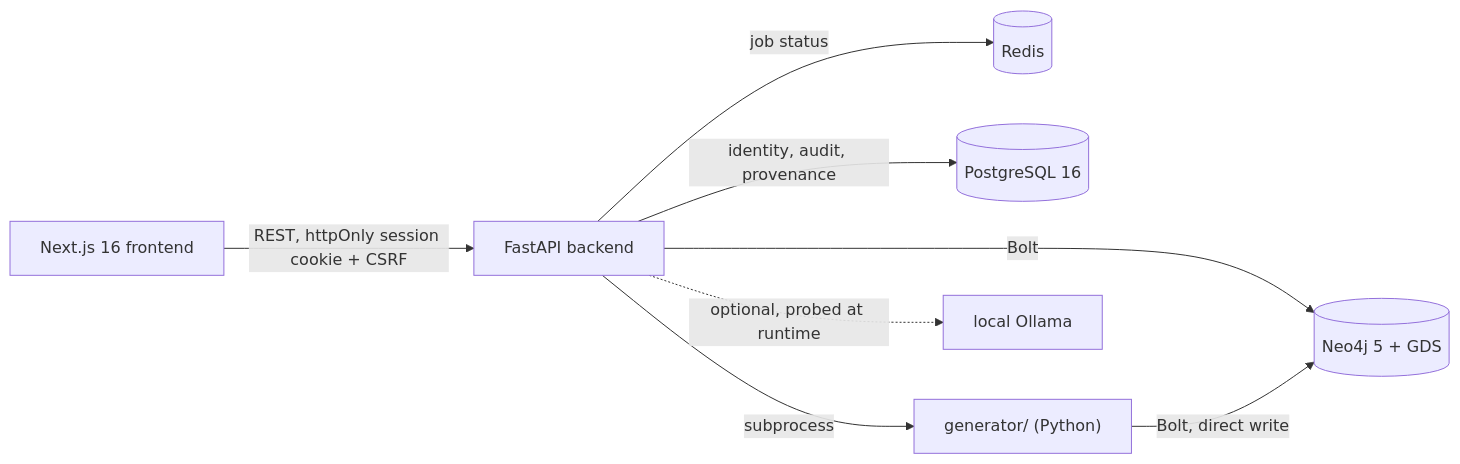
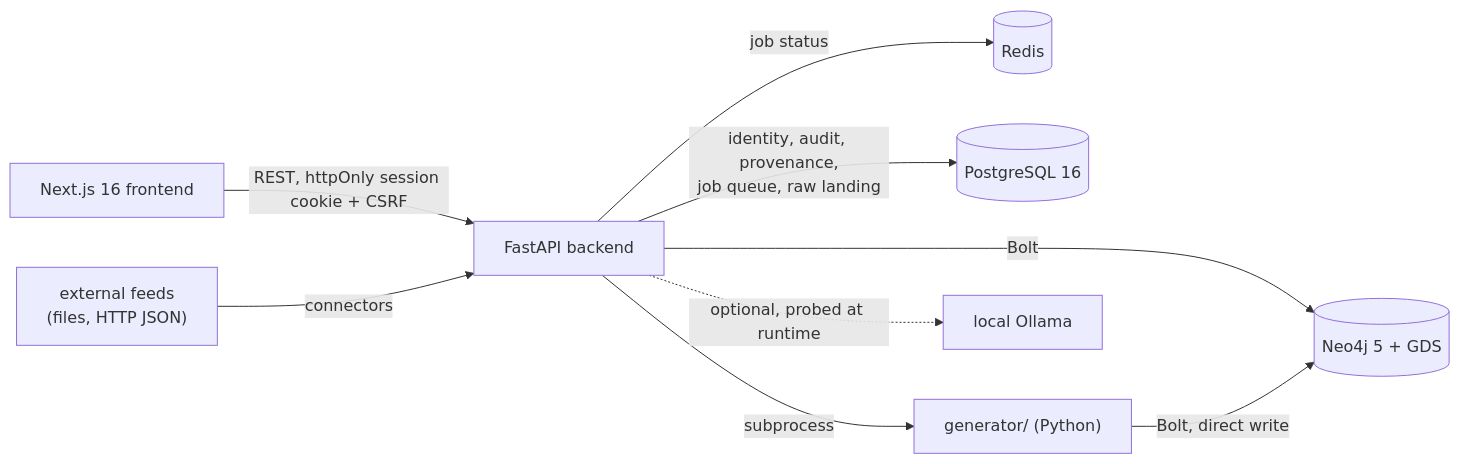
The diagram in README.md (Ayush-o1/Argus), drawn with Mermaid before and after one commit. The commit also changed other lines of this file and 36 other files, not shown here.

````diff
--- a/README.md
+++ b/README.md
@@ -31,10 +32,11 @@
 ```mermaid
 flowchart LR
     FE["Next.js 16 frontend"] -- "REST, httpOnly session cookie + CSRF" --> BE["FastAPI backend"]
     BE -- "Bolt" --> Neo4j[(Neo4j 5 + GDS)]
     BE -- "job status" --> Redis[(Redis)]
-    BE -- "identity, audit, provenance" --> PG[(PostgreSQL 16)]
+    BE -- "identity, audit, provenance,\njob queue, raw landing" --> PG[(PostgreSQL 16)]
+    Feeds["external feeds\n(files, HTTP JSON)"] -- "connectors" --> BE
     Gen["generator/ (Python)"] -- "Bolt, direct write" --> Neo4j
     BE -- "subprocess" --> Gen
     BE -. "optional, probed at runtime" .-> Ollama["local Ollama"]
 ```
````
